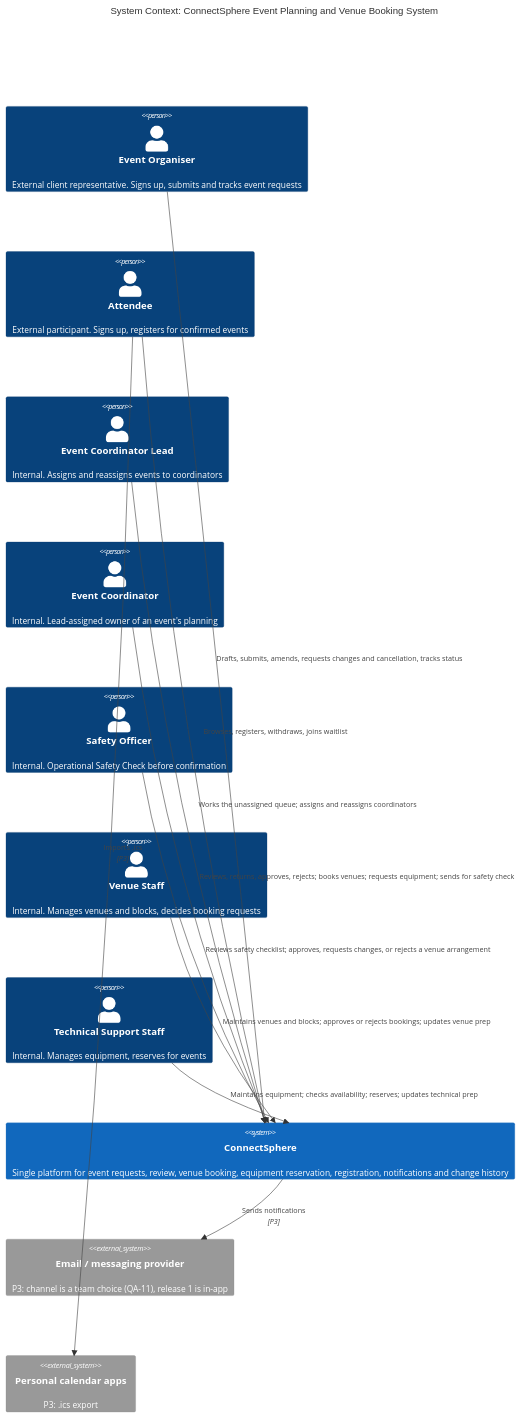
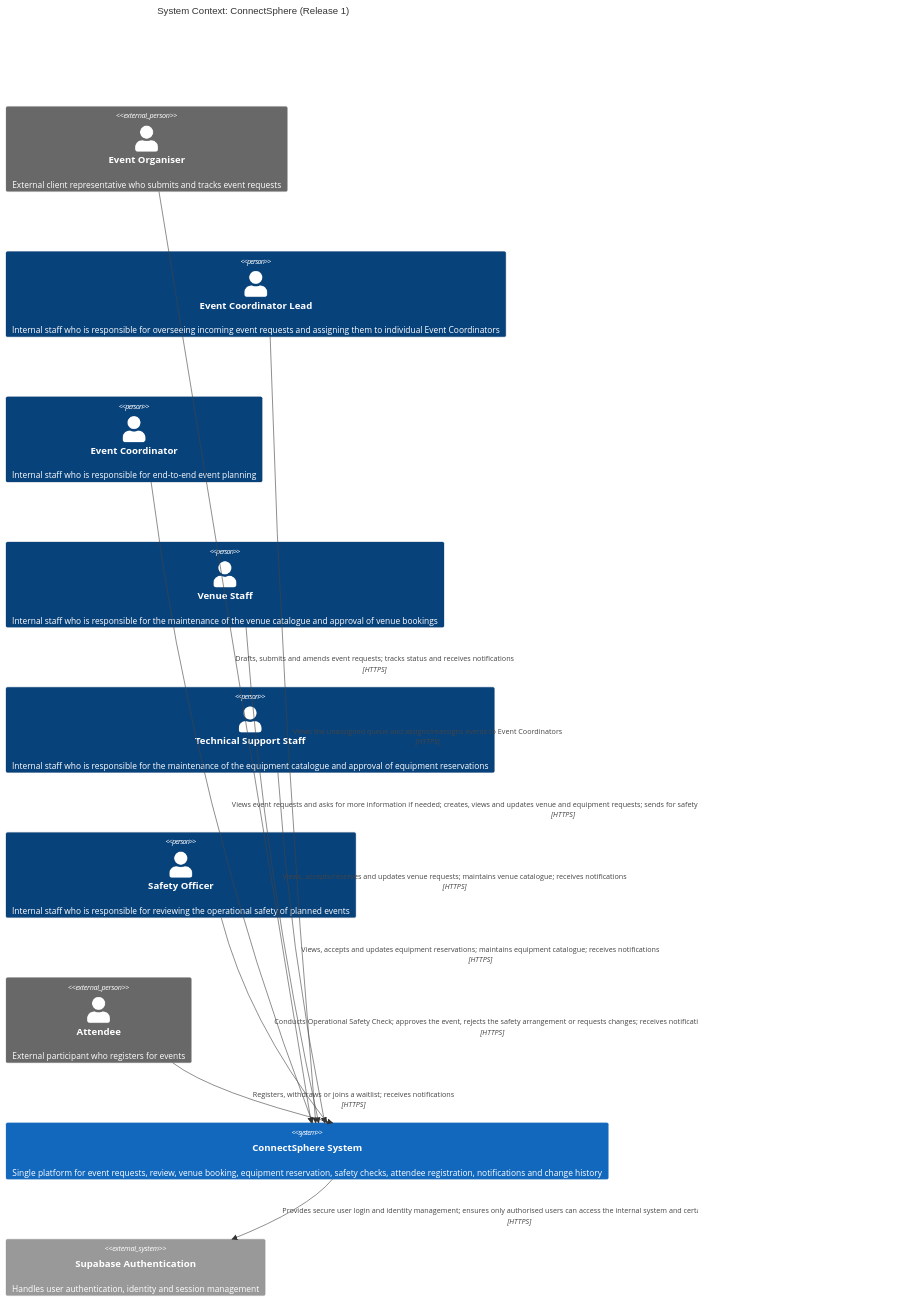
One commit to Connectsphere-SPMG8T3/ConnectSphere changed the first of 7 diagrams in docs/REQUIREMENTS.md. Above: the diagram before and after it, drawn with Mermaid. The commit also changed other lines of this file and 3 other files, not shown here.

First line of the commit message:
docs(requirements): update C4 diagrams to the Release 1 views

````diff
--- a/docs/REQUIREMENTS.md
+++ b/docs/REQUIREMENTS.md
@@ -126,29 +131,27 @@
 ```mermaid
 C4Context
-  title System Context: ConnectSphere Event Planning and Venue Booking System
+  title System Context: ConnectSphere (Release 1)
 
-  Person(organiser, "Event Organiser", "External client representative. Signs up, submits and tracks event requests")
-  Person(attendee, "Attendee", "External participant. Signs up, registers for confirmed events")
-  Person(lead, "Event Coordinator Lead", "Internal. Assigns and reassigns events to coordinators")
-  Person(coordinator, "Event Coordinator", "Internal. Lead-assigned owner of an event's planning")
-  Person(safety, "Safety Officer", "Internal. Operational Safety Check before confirmation")
-  Person(venueStaff, "Venue Staff", "Internal. Manages venues and blocks, decides booking requests")
-  Person(techStaff, "Technical Support Staff", "Internal. Manages equipment, reserves for events")
+  Person_Ext(organiser, "Event Organiser", "External client representative who submits and tracks event requests")
+  Person(lead, "Event Coordinator Lead", "Internal staff who is responsible for overseeing incoming event requests and assigning them to individual Event Coordinators")
+  Person(coordinator, "Event Coordinator", "Internal staff who is responsible for end-to-end event planning")
+  Person(venueStaff, "Venue Staff", "Internal staff who is responsible for the maintenance of the venue catalogue and approval of venue bookings")
+  Person(techStaff, "Technical Support Staff", "Internal staff who is responsible for the maintenance of the equipment catalogue and approval of equipment reservations")
+  Person(safety, "Safety Officer", "Internal staff who is responsible for reviewing the operational safety of planned events")
+  Person_Ext(attendee, "Attendee", "External participant who registers for events")
 
-  System(cs, "ConnectSphere", "Single platform for event requests, review, venue booking, equipment reservation, registration, notifications and change history")
+  System(cs, "ConnectSphere System", "Single platform for event requests, review, venue booking, equipment reservation, safety checks, attendee registration, notifications and change history")
 
-  System_Ext(email, "Email / messaging provider", "P3: channel is a team choice (QA-11), release 1 is in-app")
-  System_Ext(calendar, "Personal calendar apps", "P3: .ics export")
+  System_Ext(auth, "Supabase Authentication", "Handles user authentication, identity and session management")
 
-  Rel(organiser, cs, "Drafts, submits, amends, requests changes and cancellation, tracks status")
-  Rel(lead, cs, "Works the unassigned queue; assigns and reassigns coordinators")
-  Rel(coordinator, cs, "Reviews, returns, approves, rejects; books venues; requests equipment; sends for safety check")
-  Rel(safety, cs, "Reviews safety checklist; approves, requests changes, or rejects a venue arrangement")
-  Rel(venueStaff, cs, "Maintains venues and blocks; approves or rejects bookings; updates venue prep")
-  Rel(techStaff, cs, "Maintains equipment; checks availability; reserves; updates technical prep")
-  Rel(attendee, cs, "Browses, registers, withdraws, joins waitlist")
-  Rel(cs, email, "Sends notifications", "P3")
-  Rel(attendee, calendar, "Imports .ics", "P3")
+  Rel(organiser, cs, "Drafts, submits and amends event requests; tracks status and receives notifications", "HTTPS")
+  Rel(lead, cs, "Views the unassigned queue and assigns/reassigns events to Event Coordinators", "HTTPS")
+  Rel(coordinator, cs, "Views event requests and asks for more information if needed; creates, views and updates venue and equipment requests; sends for safety check and makes changes if needed; receives notifications", "HTTPS")
+  Rel(venueStaff, cs, "Views, accepts/reserves and updates venue requests; maintains venue catalogue; receives notifications", "HTTPS")
+  Rel(techStaff, cs, "Views, accepts and updates equipment reservations; maintains equipment catalogue; receives notifications", "HTTPS")
+  Rel(safety, cs, "Conducts Operational Safety Check; approves the event, rejects the safety arrangement or requests changes; receives notifications", "HTTPS")
+  Rel(attendee, cs, "Registers, withdraws or joins a waitlist; receives notifications", "HTTPS")
+  Rel(cs, auth, "Provides secure user login and identity management; ensures only authorised users can access the internal system and certain functionalities", "HTTPS")
 
-  UpdateLayoutConfig($c4ShapeInRow="3", $c4BoundaryInRow="1")
+  UpdateLayoutConfig($c4ShapeInRow="7", $c4BoundaryInRow="1")
 ```
````
